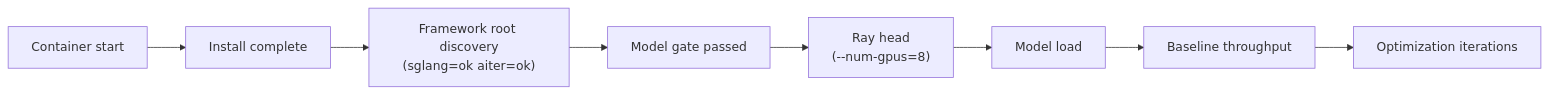
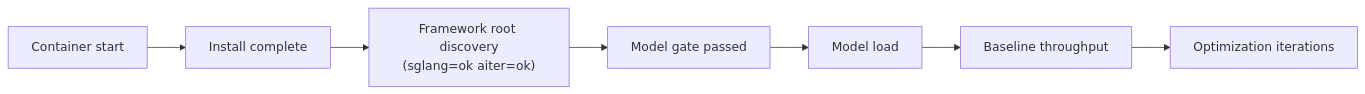
The second of 3 diagrams in docs/install/slurm.md (AMD-AGI/Hyperloom), drawn with Mermaid before and after one commit. The commit also changed 16 other files, not shown here.

````diff
--- a/docs/install/slurm.md
+++ b/docs/install/slurm.md
@@ -246,10 +246,9 @@
 ```mermaid
 flowchart LR
     A[Container start] --> B[Install complete]
     B --> C["Framework root discovery\n(sglang=ok aiter=ok)"]
     C --> D[Model gate passed]
-    D --> E["Ray head\n(--num-gpus=8)"]
-    E --> F[Model load]
+    D --> F[Model load]
     F --> G[Baseline throughput]
     G --> H[Optimization iterations]
 ```
````
